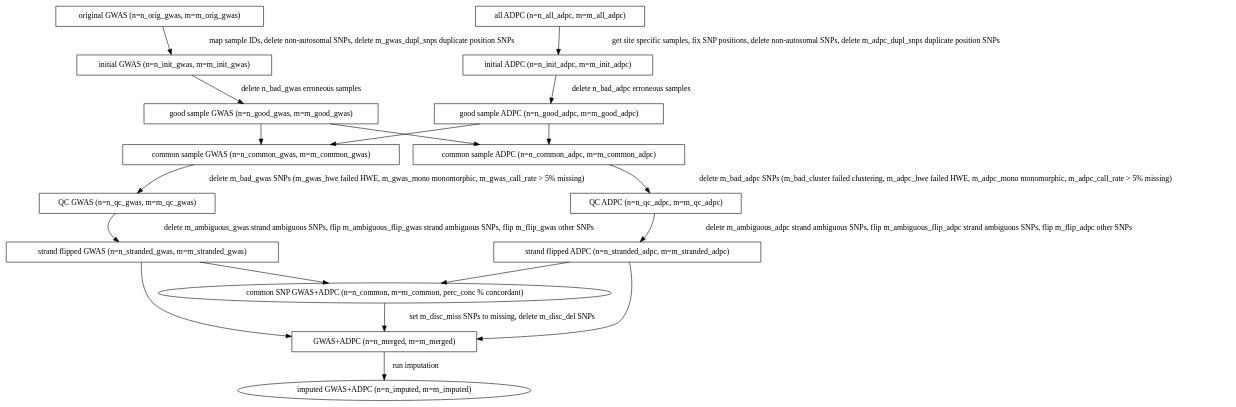
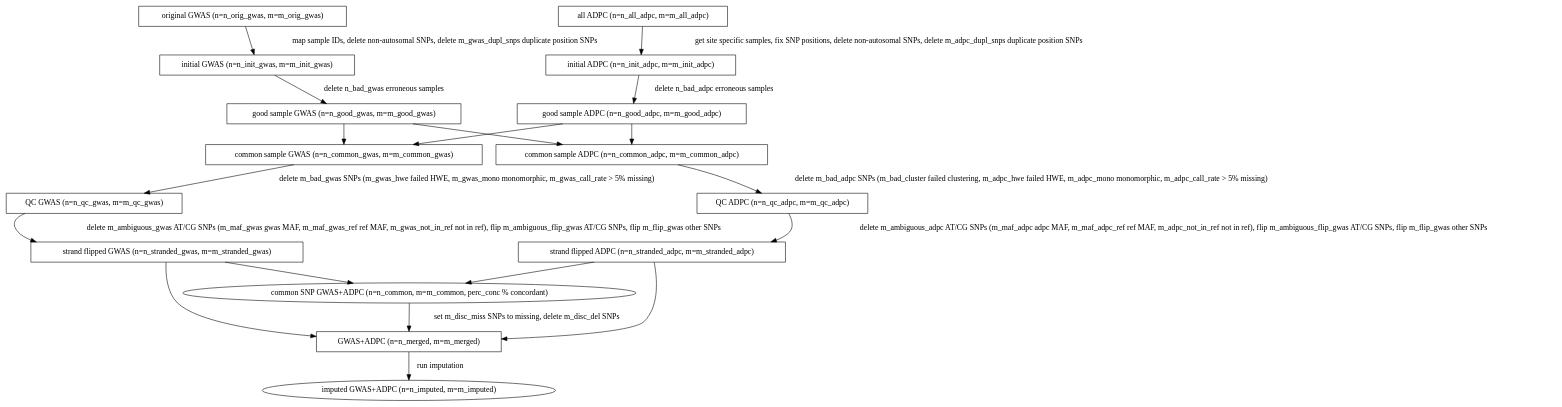
The diagram in doc/flow.dot (CAAPA/gwas_adpc_imputation_pipeline), drawn with Graphviz before and after one commit. The commit also changed 2 other files, not shown here.

```diff
--- a/doc/flow.dot
+++ b/doc/flow.dot
@@ -1,91 +1,91 @@
 #!dot
 digraph {
 
     //Initial GWAS flow
 
     ORIG_GWAS [label="original GWAS (n=n_orig_gwas, m=m_orig_gwas)",
                shape=box] //params: n_orig_gwas, m_orig_gwas
     INIT_GWAS [label="initial GWAS (n=n_init_gwas, m=m_init_gwas)",
                shape=box] //params: n_init_gwas, m_init_gwas
     ORIG_GWAS -> INIT_GWAS [label= " map sample IDs, delete non-autosomal SNPs, delete m_gwas_dupl_snps duplicate position SNPs"];
                  //script: get_gwas_samples
 
 
     GOOD_GWAS [label="good sample GWAS (n=n_good_gwas, m=m_good_gwas)",
                shape=box] //params: n_good_gwas, m_good_gwas
     INIT_GWAS -> GOOD_GWAS [label=" delete n_bad_gwas erroneous samples"];
                 //script: get_good_samples; params: n_bad_gwas
 
     COMMON_GWAS [label="common sample GWAS (n=n_common_gwas, m=m_common_gwas)",
                  shape=box] //params: n_common_gwas, m=m_common_gwas
     GOOD_GWAS -> COMMON_GWAS;
                  //script: get_common_samples
 
     QC_GWAS [label="QC GWAS (n=n_qc_gwas, m=m_qc_gwas)",
              shape=box] //params: n_qc_gwas, m=m_qc_gwas
     COMMON_GWAS -> QC_GWAS [label=" delete m_bad_gwas SNPs (m_gwas_hwe failed HWE, m_gwas_mono monomorphic, m_gwas_call_rate > 5% missing)"];
                 //script: do_gwas_qc; params: m_bad_gwas
                 //m (whatever subcategories removed)
 
 
     FLIPPED_GWAS [label="strand flipped GWAS (n=n_stranded_gwas, m=m_stranded_gwas)",
                   shape=box] //params: n_stranded_gwas, m_stranded_gwas
-    QC_GWAS -> FLIPPED_GWAS  [label=" delete m_ambiguous_gwas strand ambiguous SNPs, flip m_ambiguous_flip_gwas strand ambiguous SNPs, flip m_flip_gwas other SNPs"];
+    QC_GWAS -> FLIPPED_GWAS  [label=" delete m_ambiguous_gwas AT/CG SNPs (m_maf_gwas gwas MAF, m_maf_gwas_ref ref MAF, m_gwas_not_in_ref not in ref), flip m_ambiguous_flip_gwas AT/CG SNPs, flip m_flip_gwas other SNPs"];
                  //script: flip_strands; params: m_flip_gwas, m_ambiguous_gwas
 
 
     //Initial ADPC flow
 
     ALL_ADPC [label="all ADPC (n=n_all_adpc, m=m_all_adpc)",
               shape=box] //params:n_all_adpc, m_all_adpc
     INIT_ADPC [label="initial ADPC (n=n_init_adpc, m=m_init_adpc)",
                shape=box] //params: n_init_adpc, m_init_adpc
     ALL_ADPC -> INIT_ADPC [label=" get site specific samples, fix SNP positions, delete non-autosomal SNPs, delete m_adpc_dupl_snps duplicate position SNPs"]
                 //script: get_adpc_samples (site)
 
 
     GOOD_ADPC [label="good sample ADPC (n=n_good_adpc, m=m_good_adpc)",
                shape=box] //params: n_good_adpc, m_good_adpc
     INIT_ADPC -> GOOD_ADPC [label=" delete n_bad_adpc erroneous samples"];
                 //script: get_good_samples; params: n_bad_adpc
 
     COMMON_ADPC [label="common sample ADPC (n=n_common_adpc, m=m_common_adpc)",
                  shape=box] //params: n_common_adpc, m=m_common_adpc
     GOOD_ADPC -> COMMON_ADPC;
                  //script: get_common_samples
 
     QC_ADPC [label="QC ADPC (n=n_qc_adpc, m=m_qc_adpc)",
              shape=box] //params: n_qc_adpc, m=m_qc_adpc
     COMMON_ADPC -> QC_ADPC [label=" delete m_bad_adpc SNPs (m_bad_cluster failed clustering, m_adpc_hwe failed HWE, m_adpc_mono monomorphic, m_adpc_call_rate > 5% missing)"];
                 //script: do_adpc_qc; params: m_bad_adpc
                 //m (whatever subcategories removed)
                 //remember to also remove ACGT
 
     FLIPPED_ADPC [label="strand flipped ADPC (n=n_stranded_adpc, m=m_stranded_adpc)",
                   shape=box] //params: n_stranded_adpc, m_stranded_adpc
-    QC_ADPC -> FLIPPED_ADPC [label=" delete m_ambiguous_adpc strand ambiguous SNPs, flip m_ambiguous_flip_adpc strand ambiguous SNPs, flip m_flip_adpc other SNPs"];
+    QC_ADPC -> FLIPPED_ADPC [label=" delete m_ambiguous_adpc AT/CG SNPs (m_maf_adpc adpc MAF, m_maf_adpc_ref ref MAF, m_adpc_not_in_ref not in ref), flip m_ambiguous_flip_gwas AT/CG SNPs, flip m_flip_gwas other SNPs"];
                  //script: flip_strands; params: m_flip_adpc, m_ambiguous_adpc
 
 
 
     //GWAS + ADPC flows
 
     GOOD_ADPC -> COMMON_GWAS;
     GOOD_GWAS -> COMMON_ADPC;
 
     COMMON_SNP [label="common SNP GWAS+ADPC (n=n_common, m=m_common, perc_conc % concordant)",
                 shape=ellipse] //params: n_common, m_common
     FLIPPED_GWAS -> COMMON_SNP; //script: get_common_snp_files
     FLIPPED_ADPC -> COMMON_SNP; //script: get_common_snp_files
 
     MERGED [label="GWAS+ADPC (n=n_merged, m=m_merged)",
             shape=box] //params: n_merged, m_merged
     COMMON_SNP -> MERGED [label= " set m_disc_miss SNPs to missing, delete m_disc_del SNPs"];
             //script: merge_adpc_gwas; params: m_disc_miss, m_disc_del
     FLIPPED_GWAS -> MERGED;
     FLIPPED_ADPC -> MERGED;
 
     IMPUTED [label="imputed GWAS+ADPC (n=n_imputed, m=m_imputed)"]
     MERGED -> IMPUTED [label=" run imputation"];
                 //script:
 }
```
